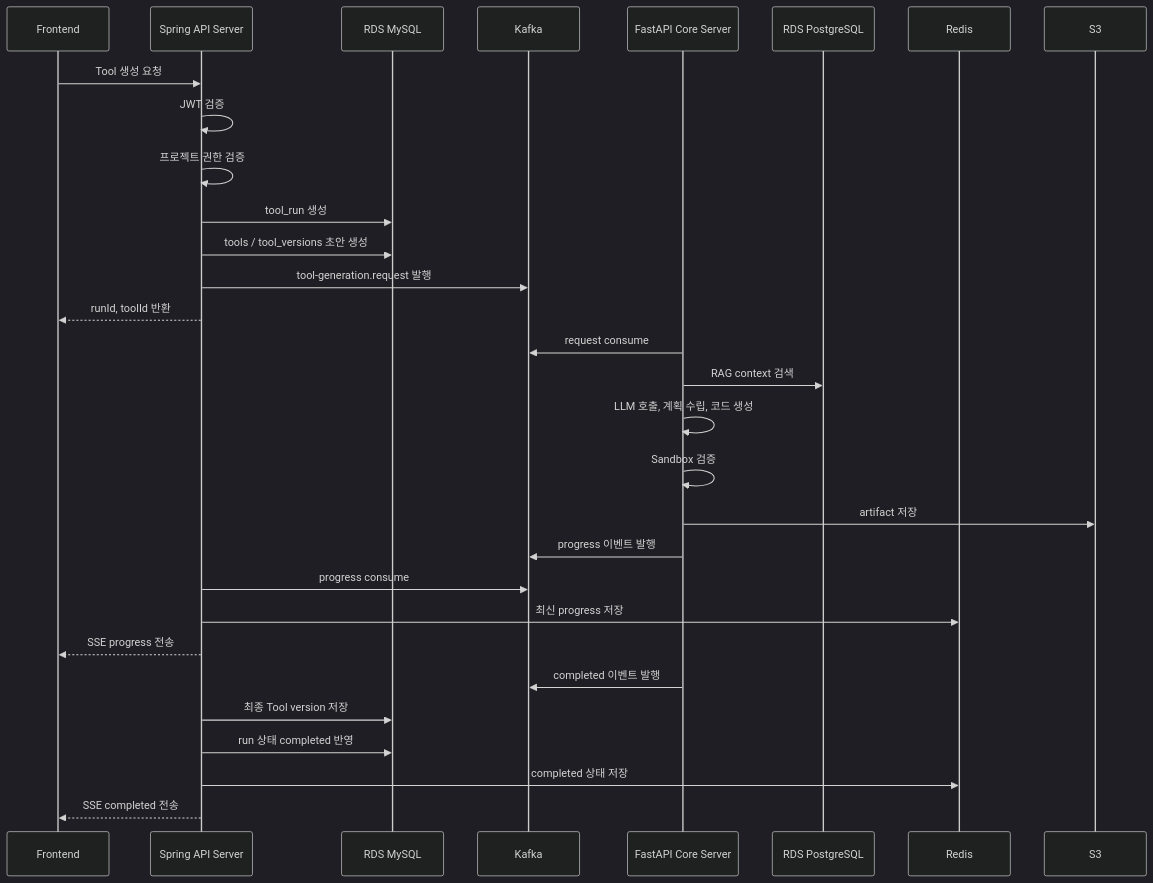
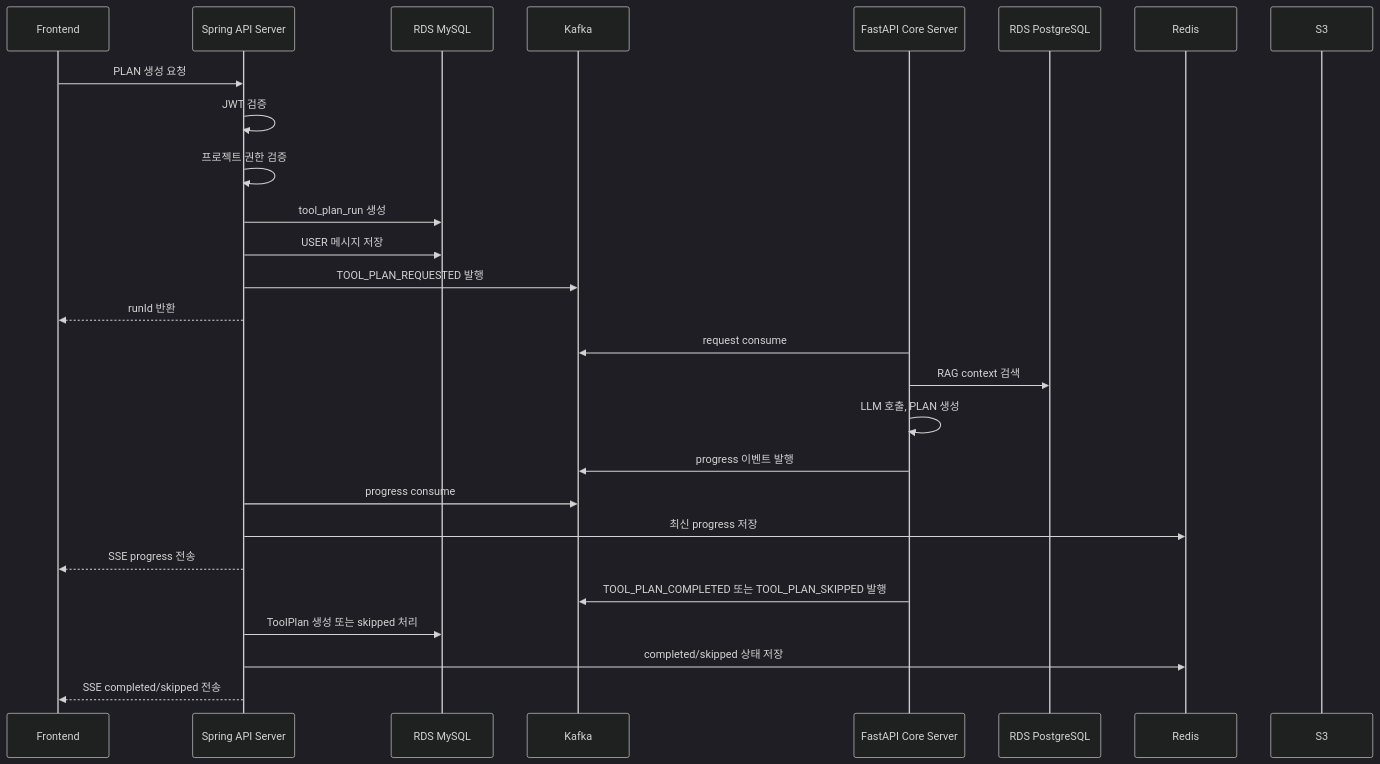
One commit to 5starss/theseus changed the second of 3 diagrams in docs/architecture/system-architecture.md. Above: the diagram before and after it, drawn with Mermaid (dark theme). The commit also changed other lines of this file and 1 other file, not shown here.

Commit message:
S14P31A308-234 [docs]: ToolPlan ERD 및 시스템 구조 정리

````diff
--- a/docs/architecture/system-architecture.md
+++ b/docs/architecture/system-architecture.md
@@ -309,36 +307,33 @@
 ```mermaid
 sequenceDiagram
     participant FE as Frontend
     participant API as Spring API Server
     participant DB as RDS MySQL
     participant K as Kafka
     participant CORE as FastAPI Core Server
     participant PG as RDS PostgreSQL
     participant R as Redis
     participant S3 as S3
 
-    FE->>API: Tool 생성 요청
+    FE->>API: PLAN 생성 요청
     API->>API: JWT 검증
     API->>API: 프로젝트 권한 검증
-    API->>DB: tool_run 생성
-    API->>DB: tools / tool_versions 초안 생성
-    API->>K: tool-generation.request 발행
-    API-->>FE: runId, toolId 반환
+    API->>DB: tool_plan_run 생성
+    API->>DB: USER 메시지 저장
+    API->>K: TOOL_PLAN_REQUESTED 발행
+    API-->>FE: runId 반환
 
     CORE->>K: request consume
     CORE->>PG: RAG context 검색
-    CORE->>CORE: LLM 호출, 계획 수립, 코드 생성
-    CORE->>CORE: Sandbox 검증
-    CORE->>S3: artifact 저장
+    CORE->>CORE: LLM 호출, PLAN 생성
     CORE->>K: progress 이벤트 발행
 
     API->>K: progress consume
     API->>R: 최신 progress 저장
     API-->>FE: SSE progress 전송
 
-    CORE->>K: completed 이벤트 발행
-    API->>DB: 최종 Tool version 저장
-    API->>DB: run 상태 completed 반영
-    API->>R: completed 상태 저장
-    API-->>FE: SSE completed 전송
+    CORE->>K: TOOL_PLAN_COMPLETED 또는 TOOL_PLAN_SKIPPED 발행
+    API->>DB: ToolPlan 생성 또는 skipped 처리
+    API->>R: completed/skipped 상태 저장
+    API-->>FE: SSE completed/skipped 전송
 ```
````
